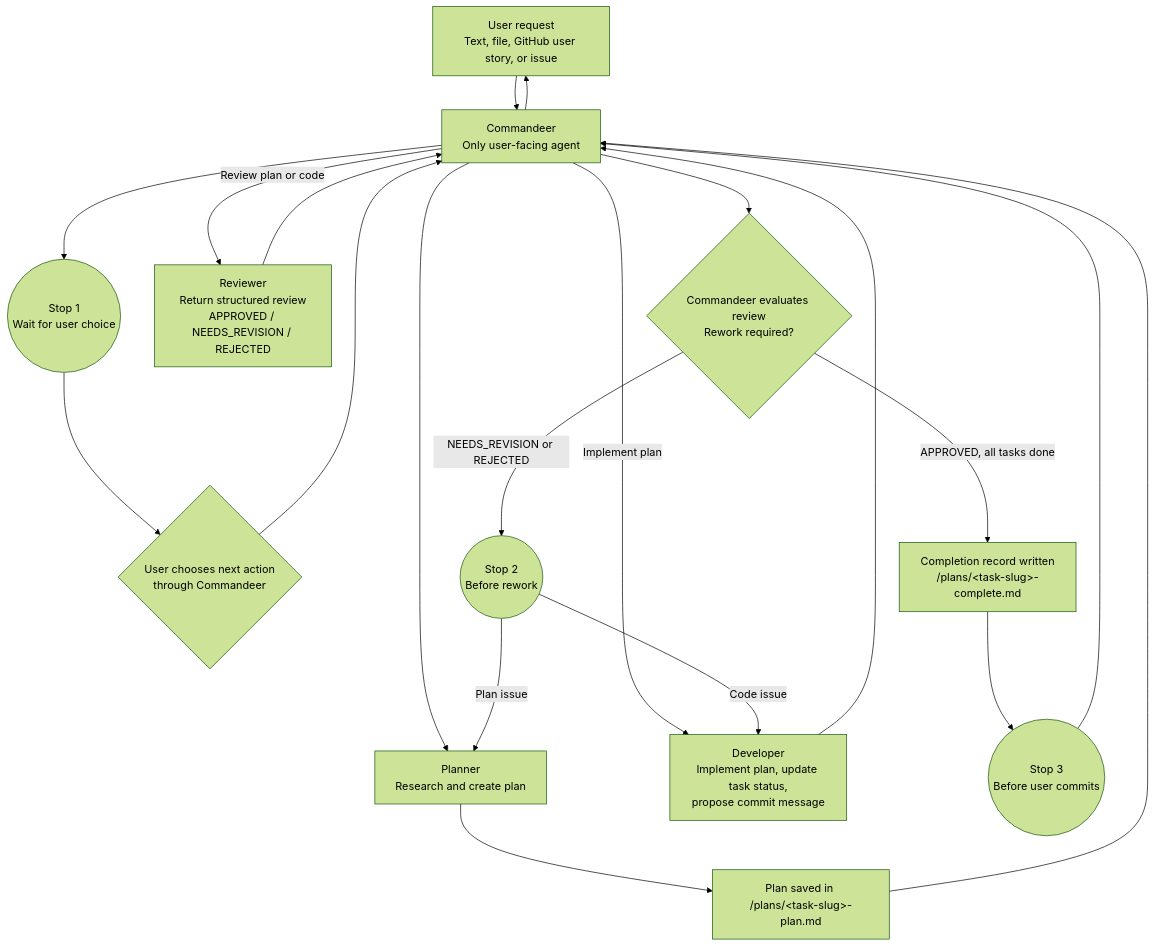
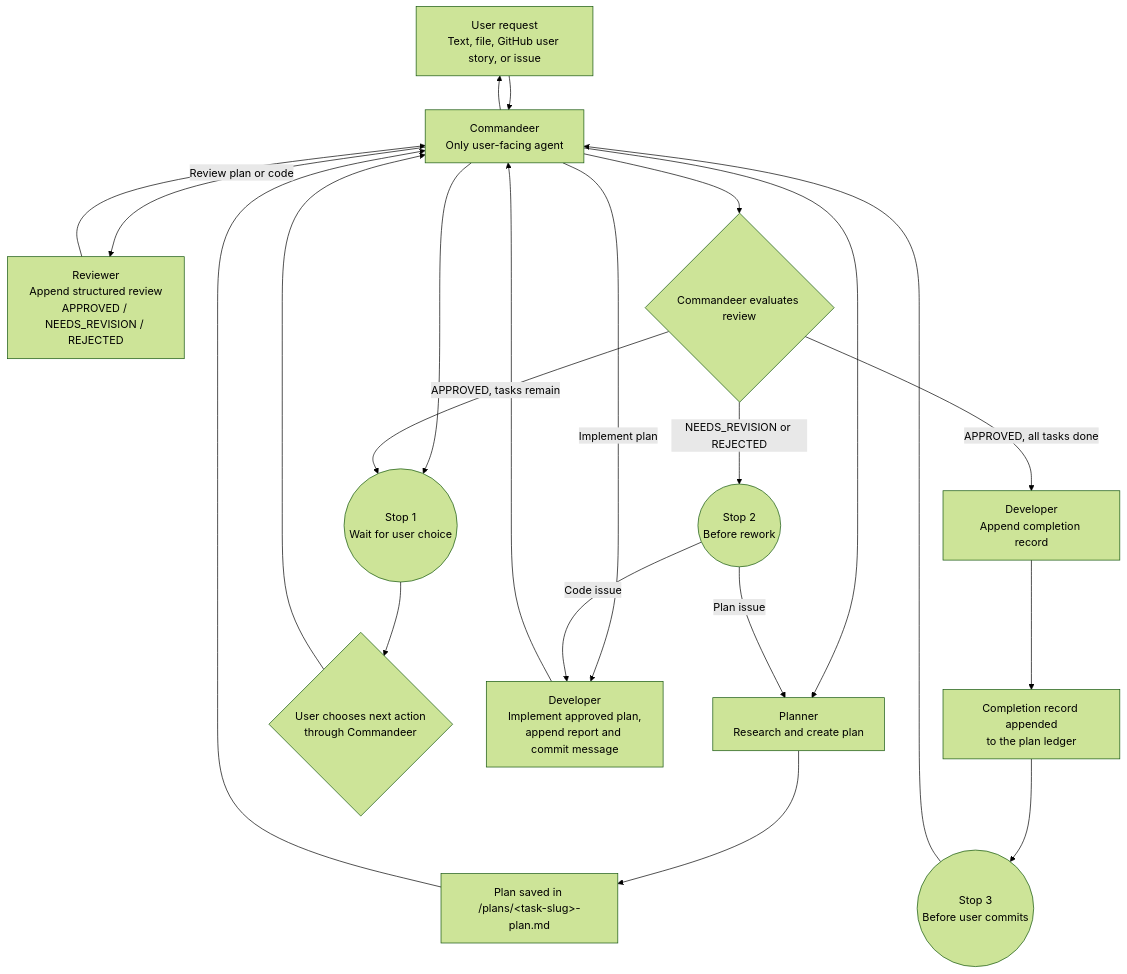
Before and after one commit to yshapkin/experiments_ai_bot: the diagram in docs/copilot-agents/001-agents-orchestration.md, drawn with Mermaid (forest theme). The commit also changed other lines of this file and 8 other files, not shown here.

````diff
--- a/docs/copilot-agents/001-agents-orchestration.md
+++ b/docs/copilot-agents/001-agents-orchestration.md
@@ -174,35 +276,38 @@
 ```mermaid
 flowchart TD
     User["User request<br/>Text, file, GitHub user story, or issue"]
     Commandeer["Commandeer<br/>Only user-facing agent"]
     Planner["Planner<br/>Research and create plan"]
     Plan["Plan saved in /plans/&lt;task-slug&gt;-plan.md"]
     Stop1(("Stop 1<br/>Wait for user choice"))
     Decision{"User chooses next action<br/>through Commandeer"}
-    Developer["Developer<br/>Implement plan, update task status,<br/>propose commit message"]
-    Reviewer["Reviewer<br/>Return structured review<br/>APPROVED / NEEDS_REVISION / REJECTED"]
-    Rework{"Commandeer evaluates review<br/>Rework required?"}
+    Developer["Developer<br/>Implement approved plan,<br/>append report and commit message"]
+    Reviewer["Reviewer<br/>Append structured review<br/>APPROVED / NEEDS_REVISION / REJECTED"]
+    ReviewResult{"Commandeer evaluates review"}
     Stop2(("Stop 2<br/>Before rework"))
     Stop3(("Stop 3<br/>Before user commits"))
-    CompleteRecord["Completion record written<br/>/plans/&lt;task-slug&gt;-complete.md"]
+    Finalize["Developer<br/>Append completion record"]
+    CompleteRecord["Completion record appended<br/>to the plan ledger"]
 
     User --> Commandeer
     Commandeer --> Planner
     Planner --> Plan
     Plan --> Commandeer
     Commandeer --> Stop1
     Stop1 --> Decision
     Decision --> Commandeer
     Commandeer -->|Implement plan| Developer
     Commandeer -->|Review plan or code| Reviewer
     Developer --> Commandeer
     Reviewer --> Commandeer
-    Commandeer --> Rework
-    Rework -->|NEEDS_REVISION or REJECTED| Stop2
+    Commandeer --> ReviewResult
+    ReviewResult -->|NEEDS_REVISION or REJECTED| Stop2
     Stop2 -->|Plan issue| Planner
     Stop2 -->|Code issue| Developer
-    Rework -->|APPROVED, all tasks done| CompleteRecord
+    ReviewResult -->|APPROVED, tasks remain| Stop1
+    ReviewResult -->|APPROVED, all tasks done| Finalize
+    Finalize --> CompleteRecord
     CompleteRecord --> Stop3
     Stop3 --> Commandeer
     Commandeer --> User
 ```
````
